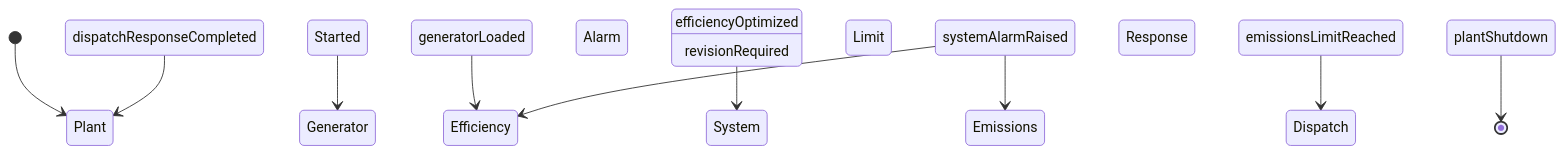
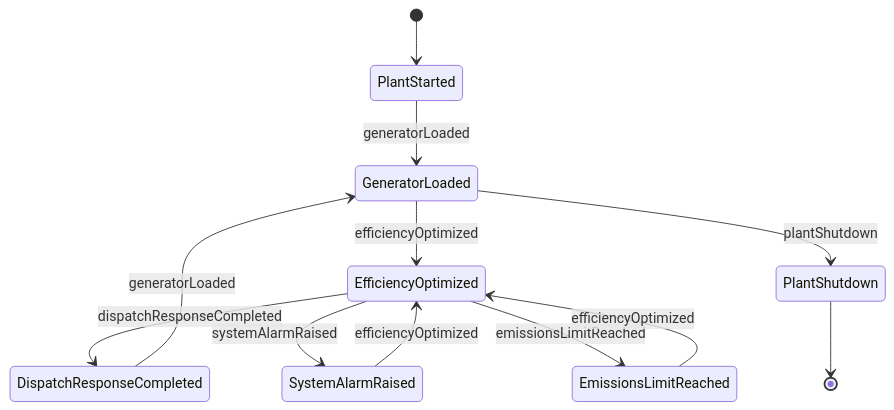
One commit to dot-org-ai/tasks.org.ai changed the second of 4 diagrams in ControllingMachinesAndProcesses/OperateEnergyProductionOrDistributionEquipment/OperateEnergyProductionEquipment.mdx. Above: the diagram before and after it, drawn with Mermaid. The commit also changed other lines of this file and 515 other files, not shown here.

````diff
--- a/ControllingMachinesAndProcesses/OperateEnergyProductionOrDistributionEquipment/OperateEnergyProductionEquipment.mdx
+++ b/ControllingMachinesAndProcesses/OperateEnergyProductionOrDistributionEquipment/OperateEnergyProductionEquipment.mdx
@@ -98,12 +98,14 @@
 ```mermaid
 stateDiagram-v2
-    [*] --> Plant Started
-    Plant Started --> Generator Loaded : generatorLoaded
-    Generator Loaded --> Efficiency Optimized : efficiencyOptimized
-    Efficiency Optimized --> System Alarm Raised : systemAlarmRaised
-    System Alarm Raised --> Emissions Limit Reached : emissionsLimitReached
-    Emissions Limit Reached --> Dispatch Response Completed : dispatchResponseCompleted
-    Dispatch Response Completed --> Plant Shutdown : plantShutdown
-    System Alarm Raised --> Efficiency Optimized : revisionRequired
-    Plant Shutdown --> [*]
+    [*] --> PlantStarted
+    PlantStarted --> GeneratorLoaded : generatorLoaded
+    GeneratorLoaded --> EfficiencyOptimized : efficiencyOptimized
+    EfficiencyOptimized --> DispatchResponseCompleted : dispatchResponseCompleted
+    DispatchResponseCompleted --> GeneratorLoaded : generatorLoaded
+    EfficiencyOptimized --> SystemAlarmRaised : systemAlarmRaised
+    SystemAlarmRaised --> EfficiencyOptimized : efficiencyOptimized
+    EfficiencyOptimized --> EmissionsLimitReached : emissionsLimitReached
+    EmissionsLimitReached --> EfficiencyOptimized : efficiencyOptimized
+    GeneratorLoaded --> PlantShutdown : plantShutdown
+    PlantShutdown --> [*]
 ```
````
